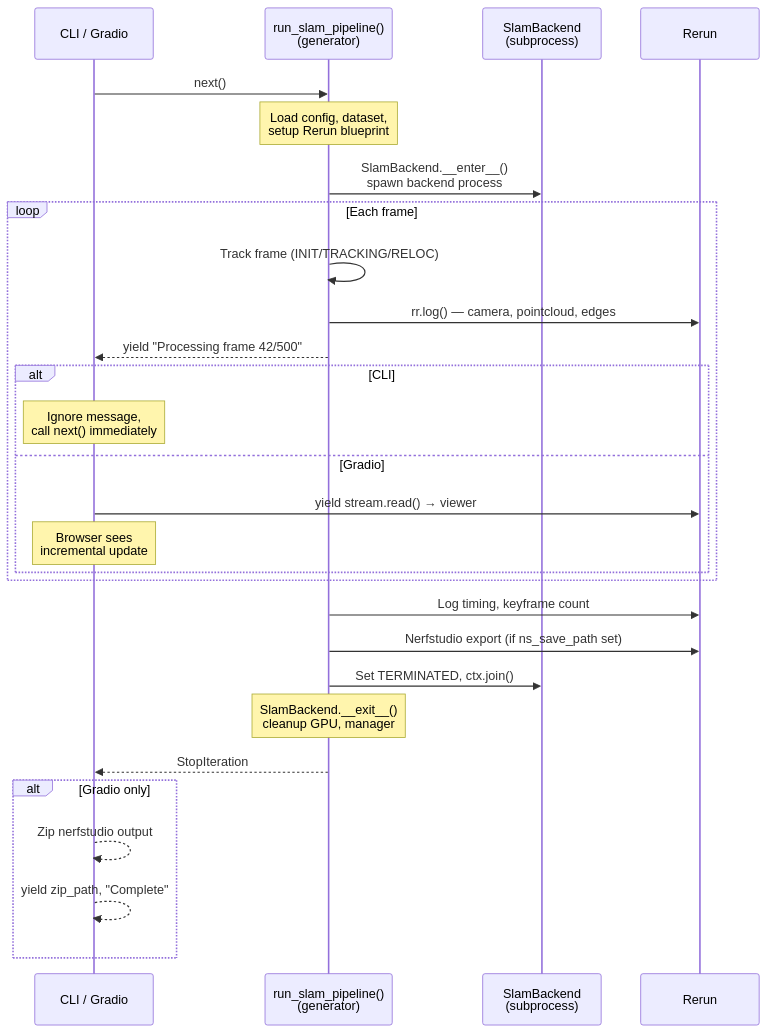
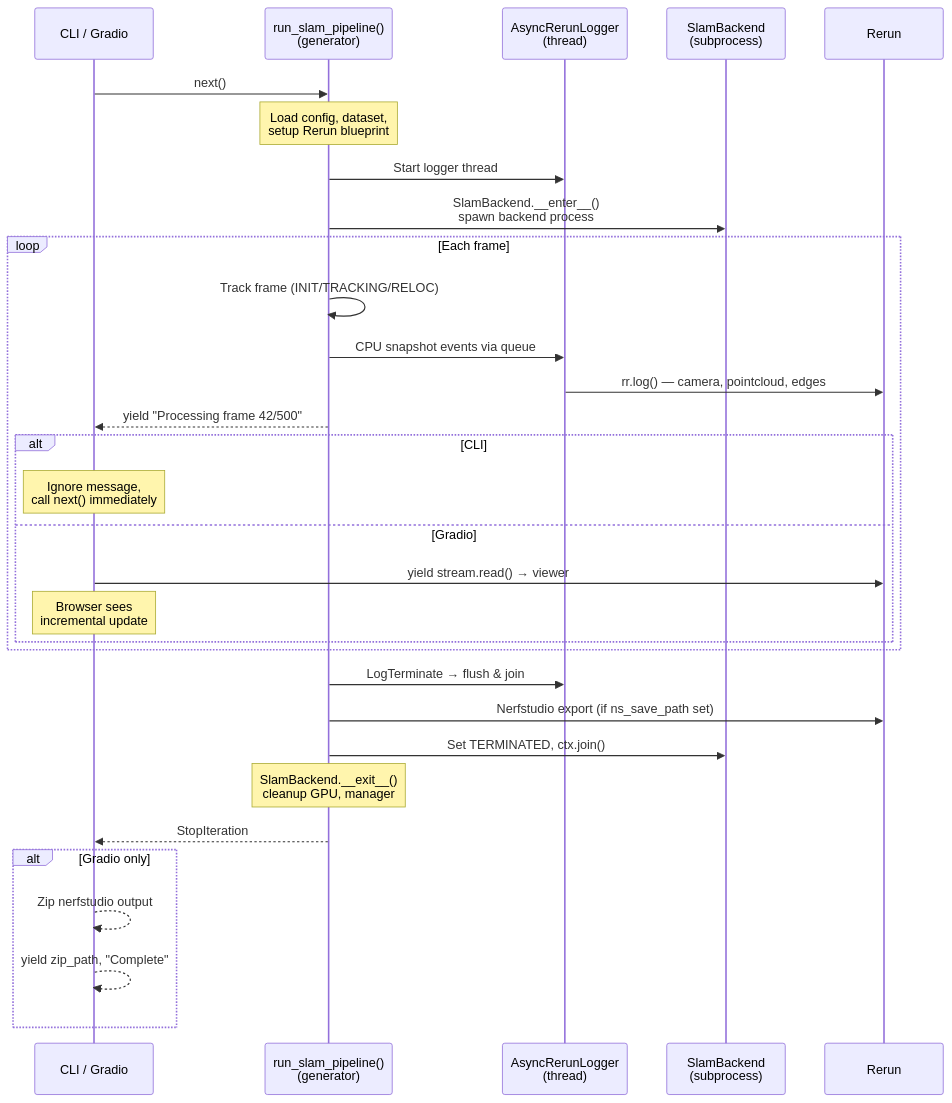
One commit to rerun-io/examples-monorepo changed the third of 5 diagrams in packages/mast3r-slam/docs/architecture.md. Above: the diagram before and after it, drawn with Mermaid. The commit also changed other lines of this file and 4 other files, not shown here.

````diff
--- a/packages/mast3r-slam/docs/architecture.md
+++ b/packages/mast3r-slam/docs/architecture.md
@@ -133,35 +133,38 @@
 ```mermaid
 sequenceDiagram
     participant C as CLI / Gradio
     participant G as run_slam_pipeline()<br/>(generator)
+    participant L as AsyncRerunLogger<br/>(thread)
     participant B as SlamBackend<br/>(subprocess)
     participant R as Rerun
 
     C->>G: next()
     Note over G: Load config, dataset,<br/>setup Rerun blueprint
+    G->>L: Start logger thread
     G->>B: SlamBackend.__enter__()<br/>spawn backend process
 
     loop Each frame
         G->>G: Track frame (INIT/TRACKING/RELOC)
-        G->>R: rr.log() — camera, pointcloud, edges
+        G->>L: CPU snapshot events via queue
+        L->>R: rr.log() — camera, pointcloud, edges
         G-->>C: yield "Processing frame 42/500"
 
         alt CLI
             Note over C: Ignore message,<br/>call next() immediately
         else Gradio
             C->>R: yield stream.read() → viewer
             Note over C: Browser sees<br/>incremental update
         end
     end
 
-    G->>R: Log timing, keyframe count
+    G->>L: LogTerminate → flush & join
     G->>R: Nerfstudio export (if ns_save_path set)
     G->>B: Set TERMINATED, ctx.join()
     Note over G: SlamBackend.__exit__()<br/>cleanup GPU, manager
     G-->>C: StopIteration
 
     alt Gradio only
         C-->>C: Zip nerfstudio output
         C-->>C: yield zip_path, "Complete"
     end
 ```
````
